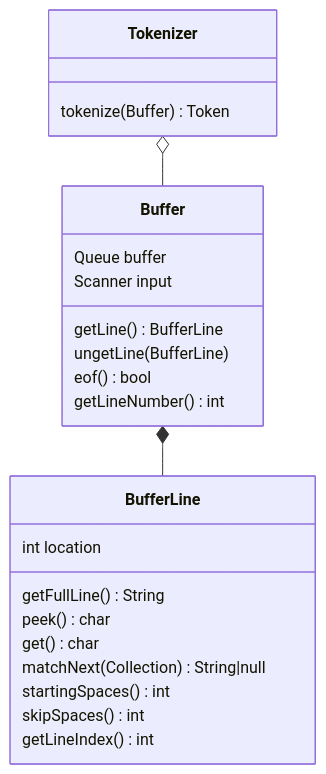
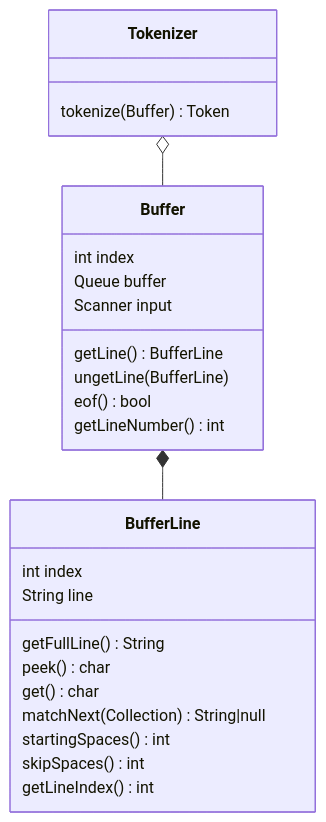
The first of 8 diagrams in Implementation.md (Jzhyang1/Monomer), drawn with Mermaid before and after one commit. The commit also changed other lines of this file, not shown here.

Commit message:
Implementation.md updated from https://stackedit.io/

````diff
--- a/Implementation.md
+++ b/Implementation.md
@@ -58,23 +58,25 @@
 ```mermaid
 classDiagram
 Tokenizer o-- Buffer
 Buffer *-- BufferLine
 
 Tokenizer: tokenize(Buffer) Token
 
+Buffer: int index
 Buffer: Queue buffer
 Buffer: Scanner input
 Buffer: getLine() BufferLine
 Buffer: ungetLine(BufferLine)
 Buffer: eof() bool
 Buffer: getLineNumber() int
 
-BufferLine: int location
+BufferLine: int index
+BufferLine: String line
 BufferLine: getFullLine() String
 BufferLine: peek() char
 BufferLine: get() char
 BufferLine: matchNext(Collection<String>) String|null
 BufferLine: startingSpaces() int
 BufferLine: skipSpaces() int
 BufferLine: getLineIndex() int
 ```
````
